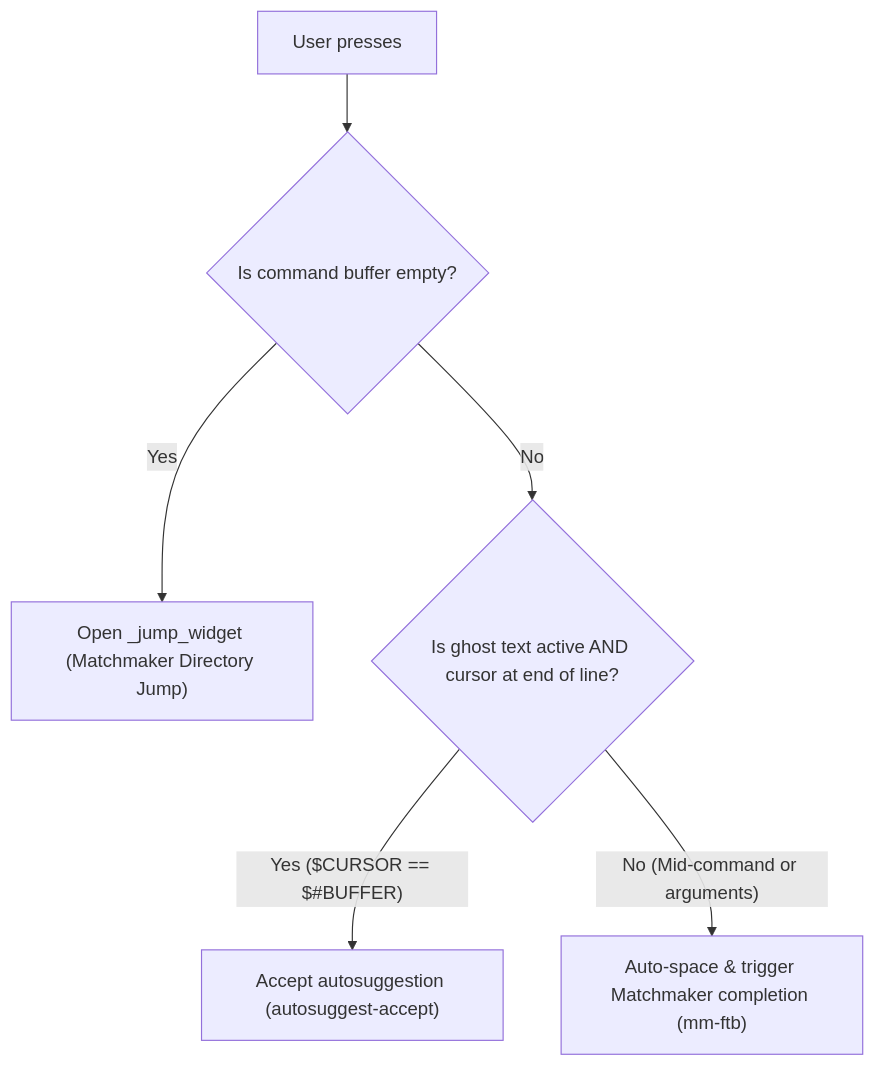
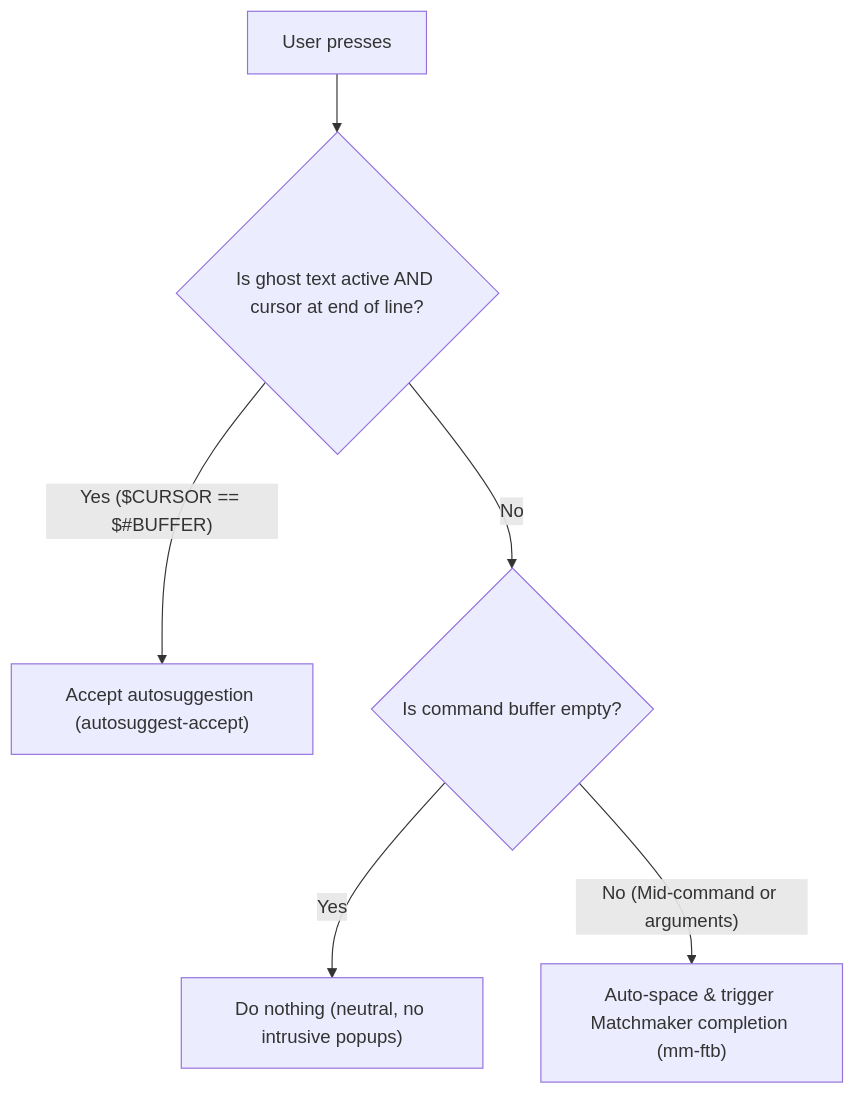
One commit to fcmiranda/.dotfiles changed the first of 2 diagrams in docs/shell/completion.md. Above: the diagram before and after it, drawn with Mermaid. The commit also changed other lines of this file and 8 other files, not shown here.

Commit message:
refactor: migrate Matchmaker jump hotkey from Ctrl+T to Ctrl+F and update related documentation and bindings.

````diff
--- a/docs/shell/completion.md
+++ b/docs/shell/completion.md
@@ -11,8 +11,8 @@
 ```mermaid
 flowchart TD
-    A["User presses <Tab>"] --> B{"Is command buffer empty?"}
-    B -- Yes --> C["Open _jump_widget (Matchmaker Directory Jump)"]
-    B -- No --> D{"Is ghost text active AND cursor at end of line?"}
-    D -- "Yes ($CURSOR == $#BUFFER)" --> E["Accept autosuggestion (autosuggest-accept)"]
+    A["User presses <Tab>"] --> B{"Is ghost text active AND cursor at end of line?"}
+    B -- "Yes ($CURSOR == $#BUFFER)" --> C["Accept autosuggestion (autosuggest-accept)"]
+    B -- "No" --> D{"Is command buffer empty?"}
+    D -- "Yes" --> E["Do nothing (neutral, no intrusive popups)"]
     D -- "No (Mid-command or arguments)" --> F["Auto-space & trigger Matchmaker completion (mm-ftb)"]
 ```
````
